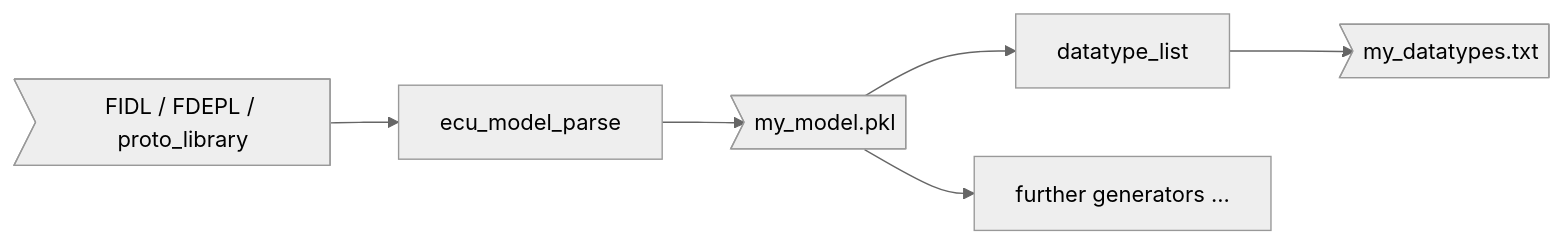
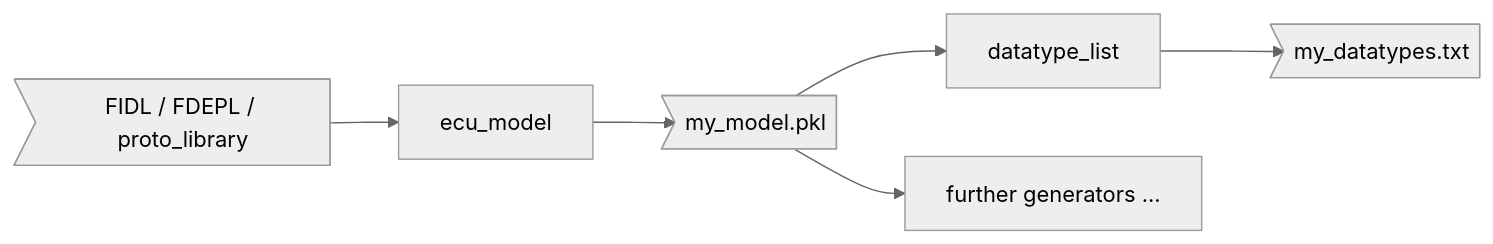
The second of 2 diagrams in score/orchestrator/README.md (eclipse-score/inc_ecu_model), drawn with Mermaid (neutral theme) before and after one commit. The commit also changed other lines of this file and 18 other files, not shown here.

````diff
--- a/score/orchestrator/README.md
+++ b/score/orchestrator/README.md
@@ -90,6 +92,6 @@
 ```mermaid
 graph LR
-  Inputs>"FIDL / FDEPL / proto_library"] --> Parse["ecu_model_parse"] --> Pickle>"my_model.pkl"]
+  Inputs>"FIDL / FDEPL / proto_library"] --> Parse["ecu_model"] --> Pickle>"my_model.pkl"]
   Pickle --> GenA["datatype_list"] --> Txt>"my_datatypes.txt"]
   Pickle --> GenB["further generators ..."]
 ```
````
